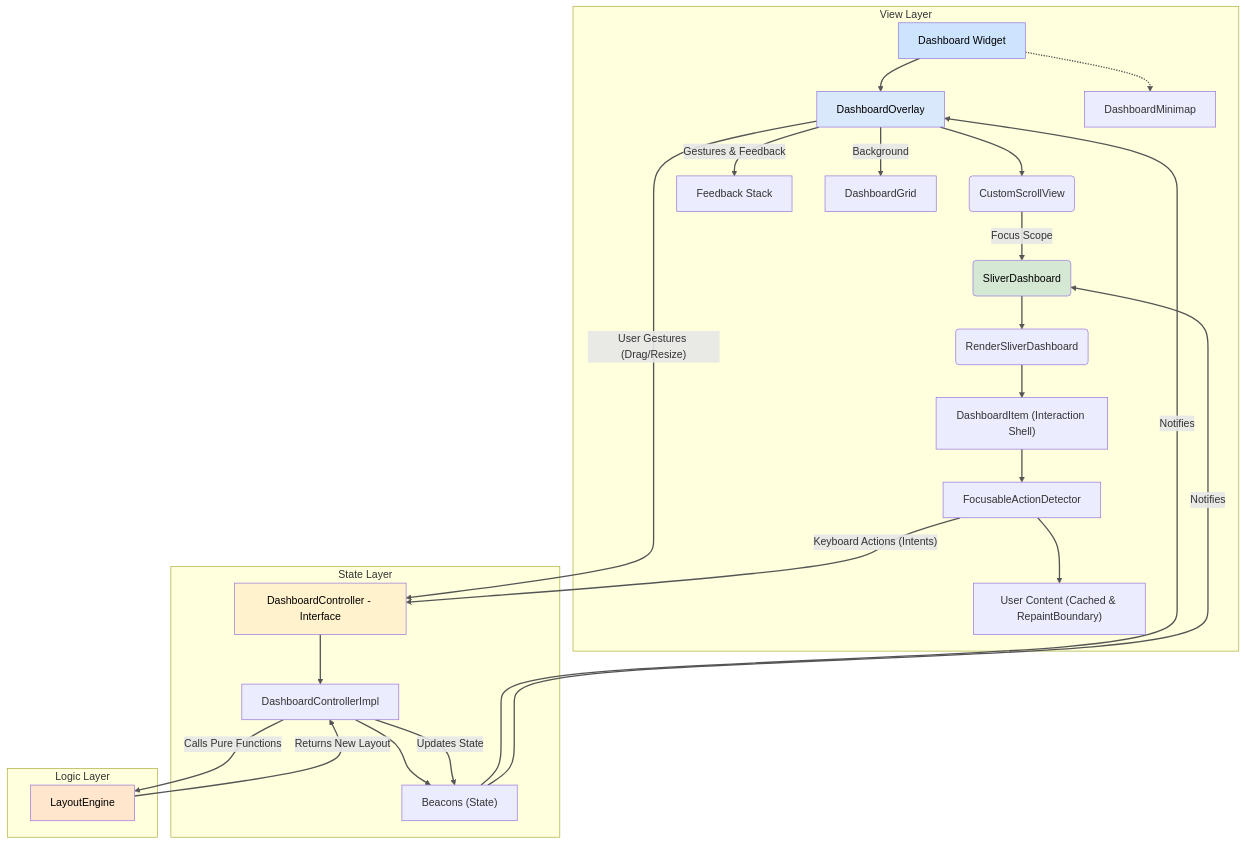
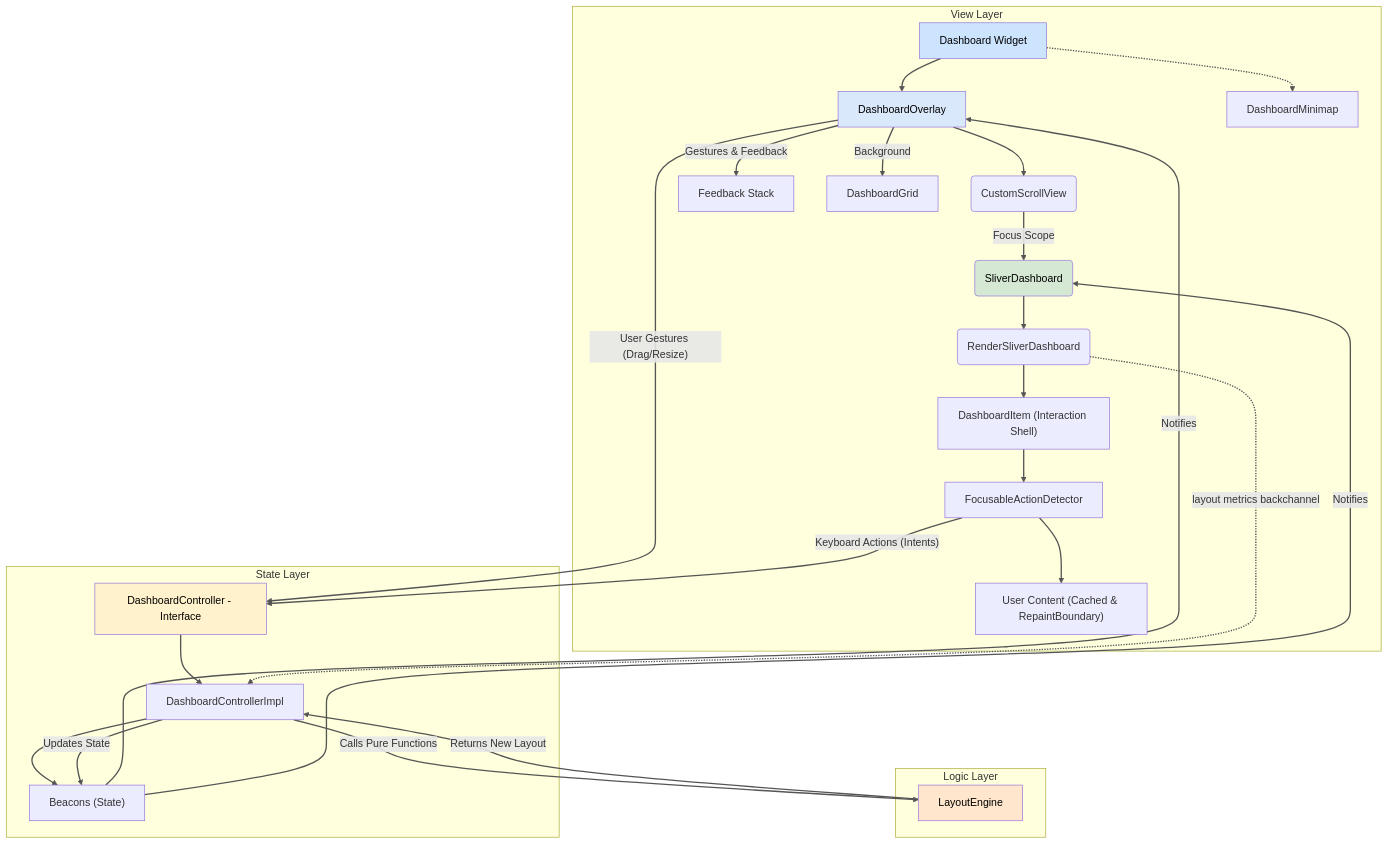
The first of 3 diagrams in ARCHITECTURE.md (scalz/sliver_dashboard), drawn with Mermaid before and after one commit. The commit also changed other lines of this file and 11 other files, not shown here.

````diff
--- a/ARCHITECTURE.md
+++ b/ARCHITECTURE.md
@@ -25,40 +26,41 @@
 ```mermaid
 graph TD
     subgraph View Layer
         A[Dashboard Widget] --> B[DashboardOverlay];
         B --> C(CustomScrollView);
         B -- "Gestures & Feedback" --> F[Feedback Stack];
         B -- "Background" --> BG[DashboardGrid];
         C -- "Focus Scope" --> D(SliverDashboard);
         D --> E(RenderSliverDashboard);
         E --> I["DashboardItem (Interaction Shell)"];
         I --> K["FocusableActionDetector"];
         K --> L["User Content (Cached & RepaintBoundary)"];
         A -.-> MM[DashboardMinimap];
     end
 
     subgraph State Layer
         M[DashboardController - Interface] --> N[DashboardControllerImpl]
         N --> O["Beacons (State)"];
     end
 
     subgraph Logic Layer
         P[LayoutEngine];
     end
 
     B -- "User Gestures (Drag/Resize)" --> M;
     K -- "Keyboard Actions (Intents)" --> M;
     N -- Updates State --> O;
     O -- Notifies --> B;
     O -- Notifies --> D;
     N -- Calls Pure Functions --> P;
     P -- Returns New Layout --> N;
+    E -. "layout metrics backchannel" .-> N;
 
     style A fill:#cde4ff,color:#000000
     style B fill:#dae8fc,color:#000000
     style D fill:#d5e8d4,color:#000000
     style M fill:#fff2cc,color:#000000
     style P fill:#ffe6cc,color:#000000
     
     linkStyle default stroke:#555555,stroke-width:2px;
 ```
````
